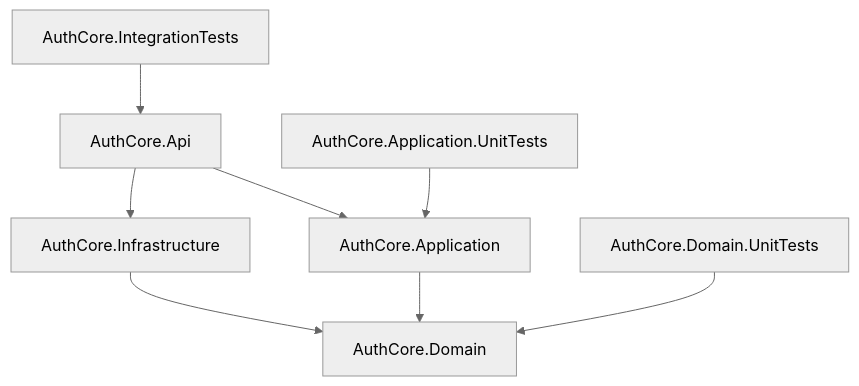
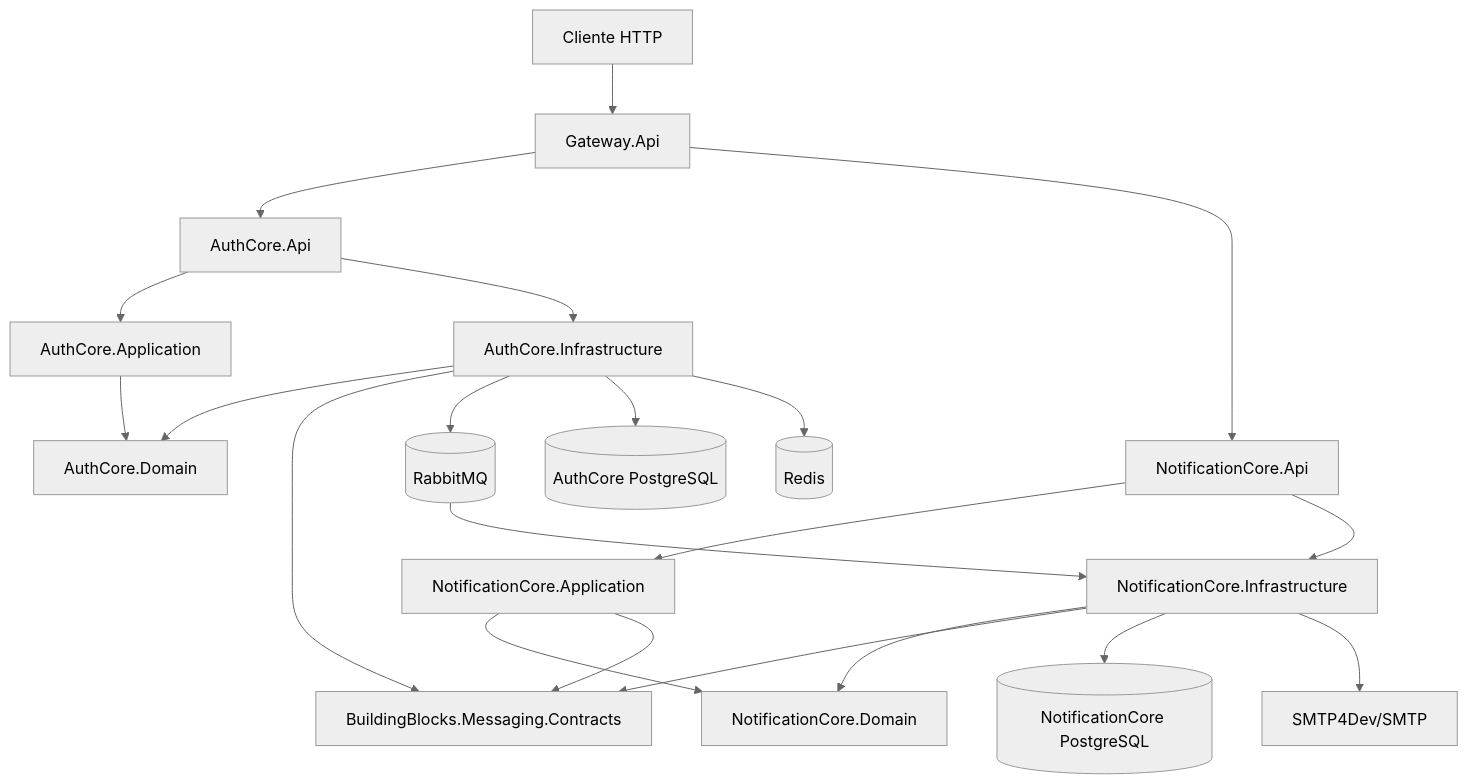
One commit to brunopsouz/auth-core-microservices changed the diagram in README.md. Above: the diagram before and after it, drawn with Mermaid (neutral theme). The commit also changed other lines of this file and 1 other file, not shown here.

Commit message:
fix: update environment variable checks in run.sh for SMTP configuration

````diff
--- a/README.md
+++ b/README.md
@@ -63,10 +76,26 @@
 ```mermaid
 flowchart TD
-    Api[AuthCore.Api] --> Application[AuthCore.Application]
-    Api --> Infrastructure[AuthCore.Infrastructure]
-    Application[AuthCore.Application] --> Domain[AuthCore.Domain]
-    Infrastructure[AuthCore.Infrastructure] --> Domain
-    DomainTests[AuthCore.Domain.UnitTests] --> Domain
-    AppTests[AuthCore.Application.UnitTests] --> Application
-    IntegrationTests[AuthCore.IntegrationTests] --> Api
+    Client[Cliente HTTP] --> Gateway[Gateway.Api]
+    Gateway --> AuthApi[AuthCore.Api]
+    Gateway --> NotificationApi[NotificationCore.Api]
+
+    AuthApi --> AuthApplication[AuthCore.Application]
+    AuthApi --> AuthInfrastructure[AuthCore.Infrastructure]
+    AuthApplication --> AuthDomain[AuthCore.Domain]
+    AuthInfrastructure --> AuthDomain
+    AuthInfrastructure --> Contracts[BuildingBlocks.Messaging.Contracts]
+
+    NotificationApi --> NotificationApplication[NotificationCore.Application]
+    NotificationApi --> NotificationInfrastructure[NotificationCore.Infrastructure]
+    NotificationApplication --> NotificationDomain[NotificationCore.Domain]
+    NotificationApplication --> Contracts
+    NotificationInfrastructure --> NotificationDomain
+    NotificationInfrastructure --> Contracts
+
+    AuthInfrastructure --> RabbitMQ[(RabbitMQ)]
+    RabbitMQ --> NotificationInfrastructure
+    AuthInfrastructure --> AuthPostgres[(AuthCore PostgreSQL)]
+    AuthInfrastructure --> Redis[(Redis)]
+    NotificationInfrastructure --> NotificationPostgres[(NotificationCore PostgreSQL)]
+    NotificationInfrastructure --> SMTP[SMTP4Dev/SMTP]
 ```
````
